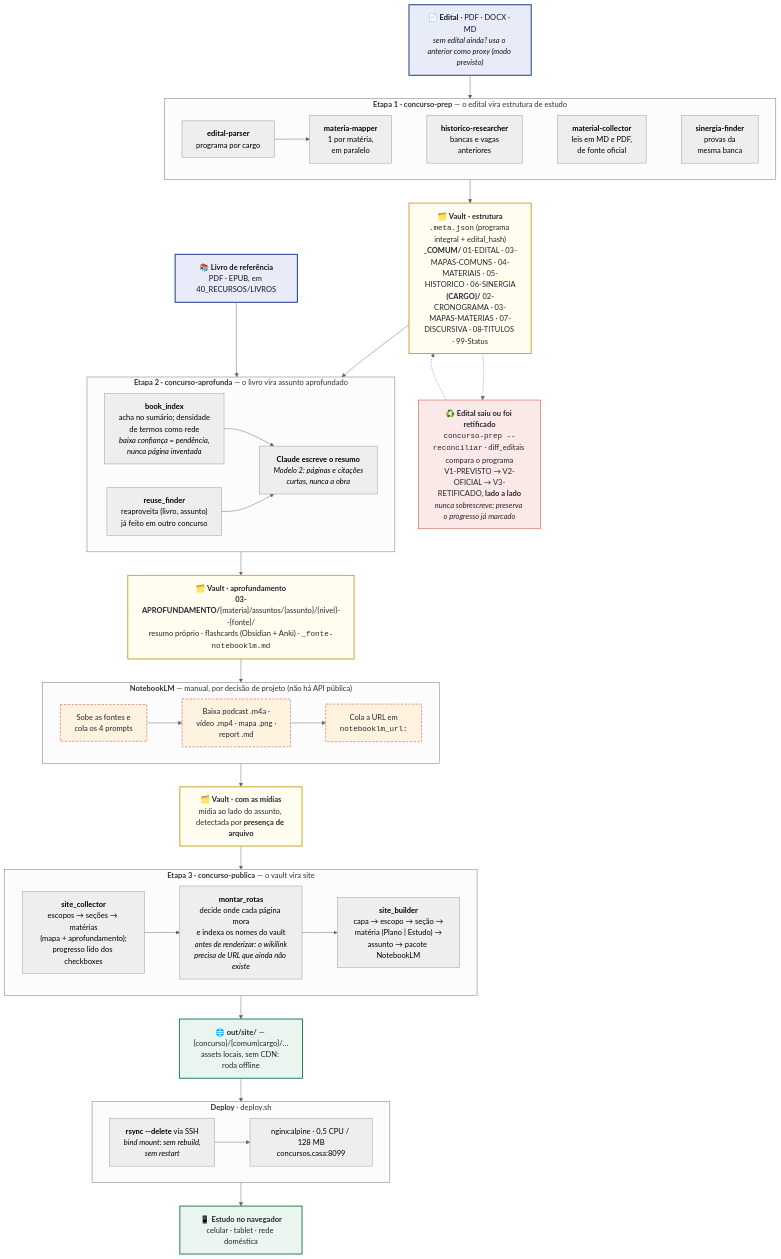
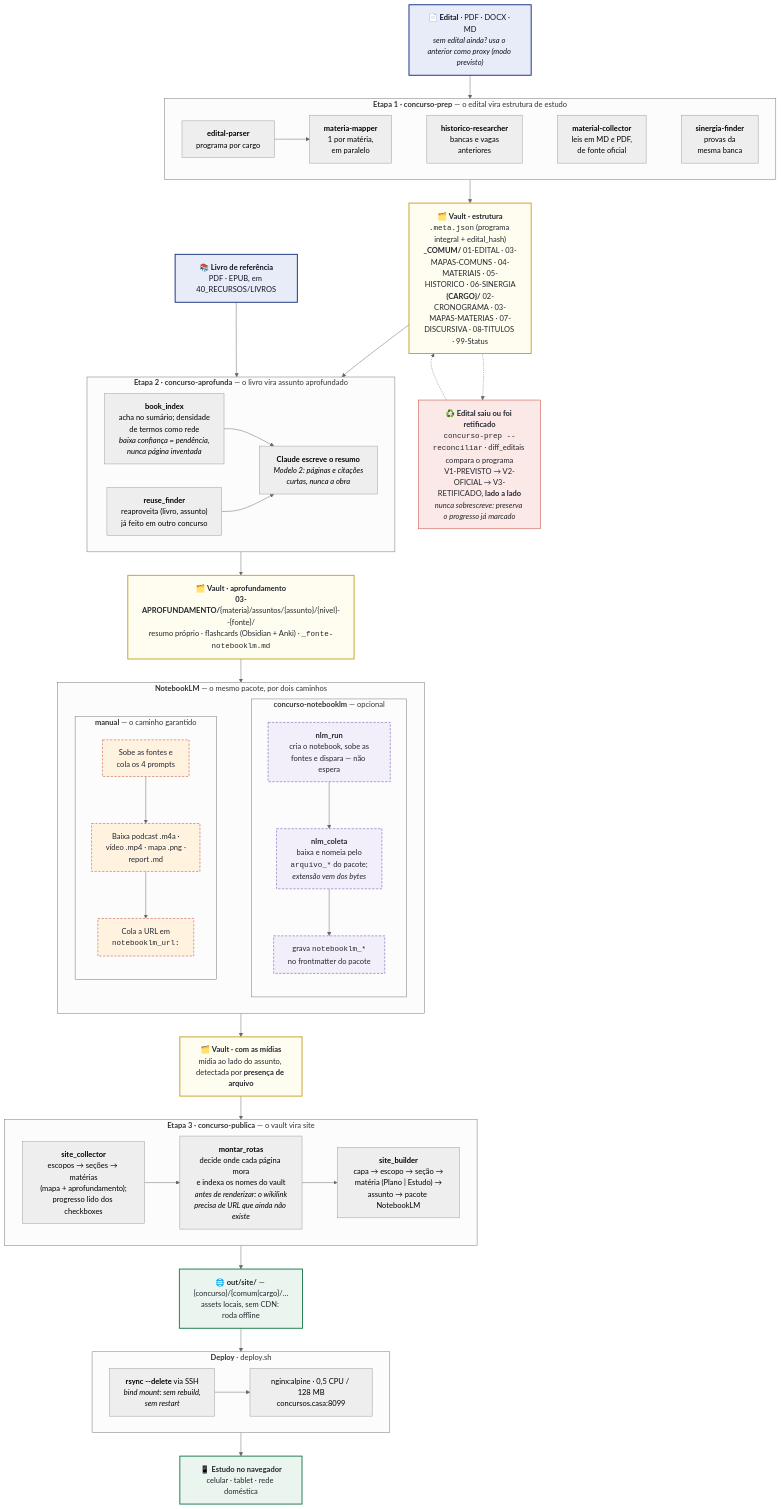
Before and after one commit to sebagonella/concursos: the diagram in README.md, drawn with Mermaid (neutral theme). The commit also changed other lines of this file and 2 other files, not shown here.

Commit message:
docs(fluxo): o diagrama afirmava que a integracao e' manual por decisao de projeto
O bloco NB dizia "manual, por decisao de projeto (nao ha API publica)" — premissa que
deixou de valer quando a concurso-notebooklm entrou. Agora o bloco mostra os DOIS
caminhos para o mesmo pacote: a pista manual (garantida) e a automatizada (opcional),
com nlm_run/nlm_coleta e o registro do bloco notebooklm_* no frontmatter.

As duas pistas sao subgraphs irmaos DENTRO de NB, e nao duas arestas saindo de vaultB:
assim a espinha continua com uma aresta so entre etapas consecutivas, que e' a regra de
layout que o proprio .mmd documenta. O motivo ficou registrado no cabecalho.

Junto: o cabecalho do .mmd apontava a versao renderizada para docs/ARQUITETURA.md,
mas ela vive no README (o ARQUITETURA.md ja dizia isso corretamente); e o
docs/fluxo-concurso.png, que o CLAUDE.md listava como existente ha tempos, passa a
existir de fato — export deste .mmd, com o comando de regeracao no cabecalho.

Claude-Session: https://claude.ai/code/session_01KihjeYsS69zofSmRH2Gkpo

````diff
--- a/README.md
+++ b/README.md
@@ -45,12 +45,23 @@
 
     vaultB["🗂️ <b>Vault · aprofundamento</b><br/><b>03-APROFUNDAMENTO/</b>{materia}/assuntos/{assunto}/{nivel}--{fonte}/<br/>resumo próprio · flashcards (Obsidian + Anki) · <code>_fonte-notebooklm.md</code>"]
 
-    subgraph NB["<b>NotebookLM</b> — manual, por decisão de projeto (não há API pública)"]
+    subgraph NB["<b>NotebookLM</b> — o mesmo pacote, por dois caminhos"]
         direction LR
-        n1["Sobe as fontes e<br/>cola os 4 prompts"]
-        n2["Baixa podcast .m4a ·<br/>vídeo .mp4 · mapa .png ·<br/>report .md"]
-        n3["Cola a URL em<br/><code>notebooklm_url:</code>"]
-        n1 --> n2 --> n3
+        subgraph MAN["<b>manual</b> — o caminho garantido"]
+            direction TB
+            n1["Sobe as fontes e<br/>cola os 4 prompts"]
+            n2["Baixa podcast .m4a ·<br/>vídeo .mp4 · mapa .png ·<br/>report .md"]
+            n3["Cola a URL em<br/><code>notebooklm_url:</code>"]
+            n1 --> n2 --> n3
+        end
+        subgraph AUTO["<b>concurso-notebooklm</b> — opcional"]
+            direction TB
+            m1["<b>nlm_run</b><br/>cria o notebook, sobe as<br/>fontes e dispara — não espera"]
+            m2["<b>nlm_coleta</b><br/>baixa e nomeia pelo<br/><code>arquivo_*</code> do pacote;<br/><i>extensão vem dos bytes</i>"]
+            m3["grava <code>notebooklm_*</code><br/>no frontmatter do pacote"]
+            m1 --> m2 --> m3
+        end
+        MAN ~~~ AUTO
     end
 
     vaultC["🗂️ <b>Vault · com as mídias</b><br/>mídia ao lado do assunto, detectada por <b>presença de arquivo</b>"]
@@ -93,12 +104,14 @@
     classDef fonte fill:#E8ECF8,stroke:#16307E,stroke-width:2px,color:#101425
     classDef vaultBox fill:#FFFDF0,stroke:#C9A227,stroke-width:2px,color:#23262E
     classDef manual fill:#FFF3E0,stroke:#C0392B,stroke-dasharray:5 3,color:#23262E
+    classDef auto fill:#F3EFFA,stroke:#5B3FA8,stroke-dasharray:5 3,color:#23262E
     classDef saida fill:#E9F5EE,stroke:#1E7A4C,stroke-width:2px,color:#23262E
     classDef recon fill:#FBE9E7,stroke:#C0392B,color:#23262E
 
     class edital,livro fonte
     class vaultA,vaultB,vaultC vaultBox
     class n1,n2,n3 manual
+    class m1,m2,m3 auto
     class site,nav saida
     class ret recon
 ```
````
